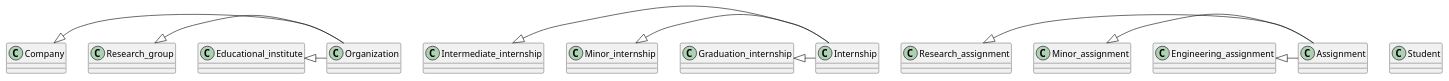
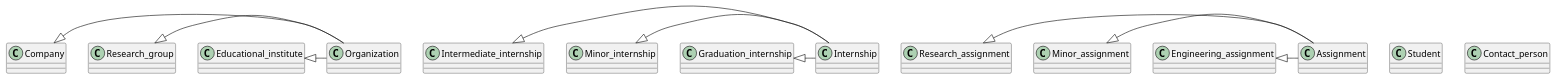
Before and after one commit to JoiningwithMattheus/Week1: the diagram in Week3/ClassDiagram.puml, drawn with PlantUML.

```diff
--- a/Week3/ClassDiagram.puml
+++ b/Week3/ClassDiagram.puml
@@ -1,64 +1,68 @@
 @startuml SIS
 
 class Organization {
 
 }
 
 class Company {
 
 }
 Company <|- Organization
 
 class Research_group{
 
 }
 Research_group <|- Organization
 
 class Educational_institute{
 
 }
 Educational_institute <|- Organization
 
 class Internship {
 
 }
 
 class Intermediate_internship {
 
 }
 Intermediate_internship <|- Internship
 
 class Minor_internship {
 
 }
 Minor_internship <|- Internship
 
 class Graduation_internship {
 
 }
 Graduation_internship <|- Internship
 
 class Assignment {
 
 }
 
 class Research_assignment {
 
 }
 Research_assignment <|- Assignment
 
 class Minor_assignment {
 
 }
 Minor_assignment <|- Assignment
 
 class Engineering_assignment {
 
 }
 Engineering_assignment <|- Assignment
 
 class Student {
 
 }
 
+class Contact_person {
+    
+}
+
 @enduml
```
